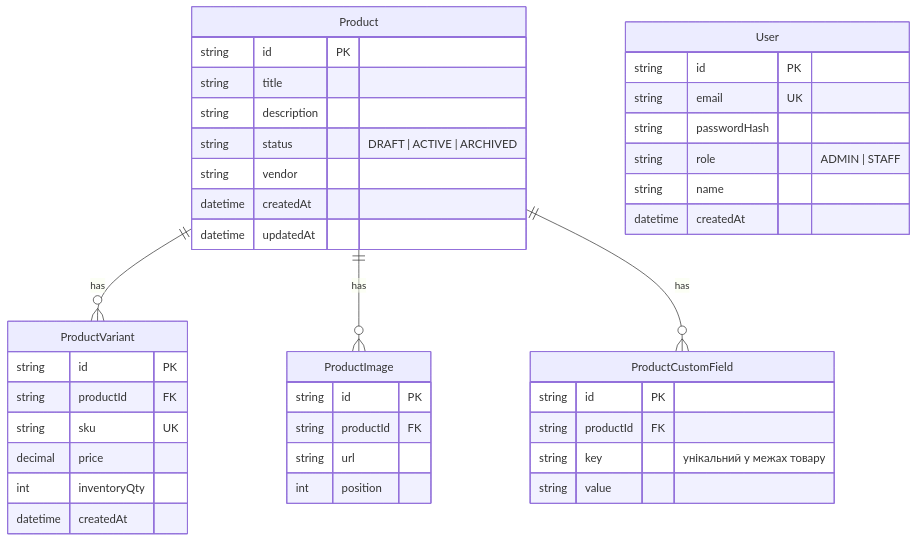
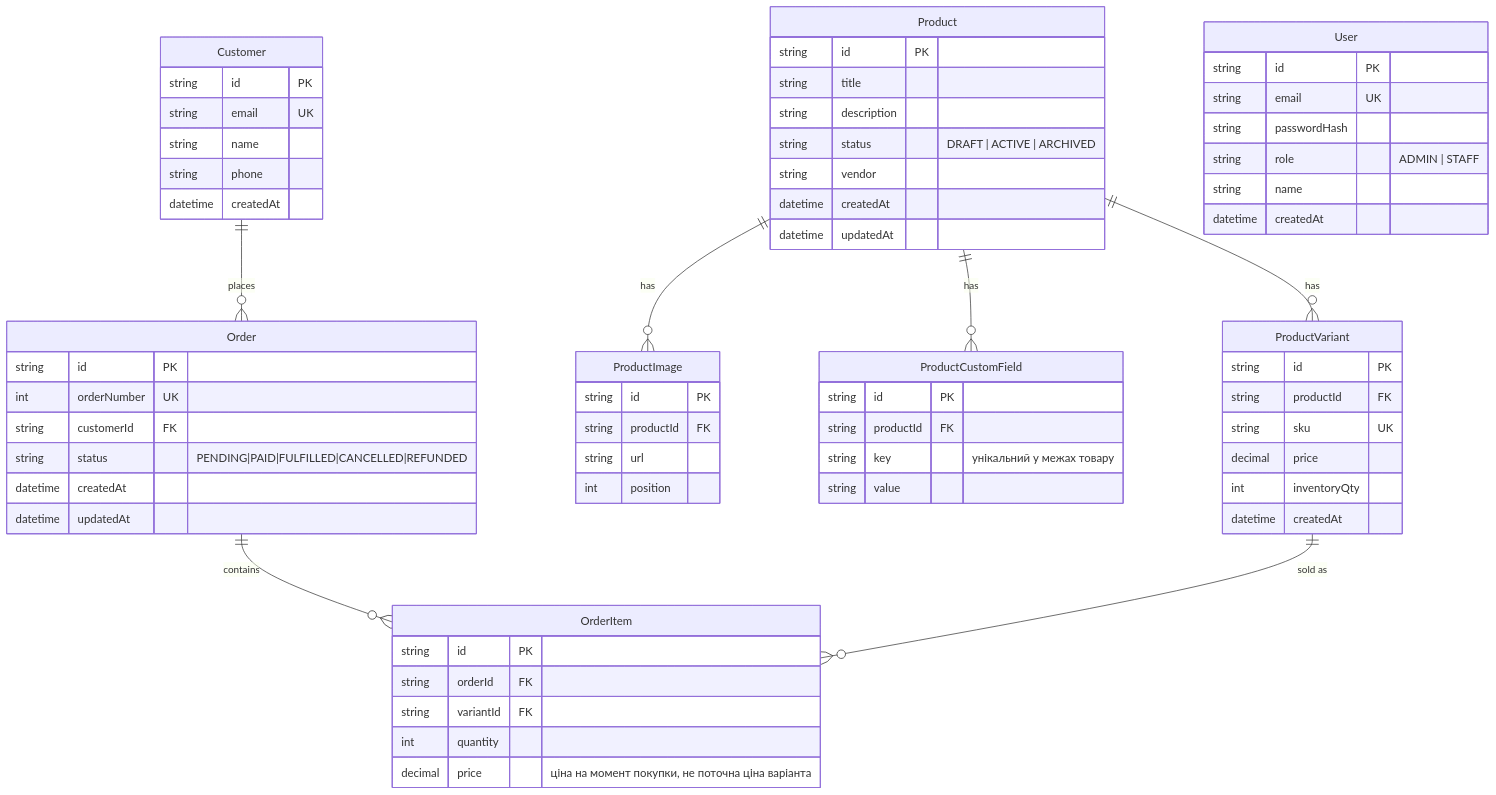
One commit to MaksymHeraskevych-Hallwil/storefront changed the second of 7 diagrams in DESIGN.md. Above: the diagram before and after it, drawn with Mermaid. The commit also changed 18 other files, not shown here.

````diff
--- a/DESIGN.md
+++ b/DESIGN.md
@@ -47,48 +47,76 @@
 ```mermaid
 erDiagram
     Product ||--o{ ProductVariant : "has"
     Product ||--o{ ProductImage : "has"
     Product ||--o{ ProductCustomField : "has"
+    Customer ||--o{ Order : "places"
+    Order ||--o{ OrderItem : "contains"
+    ProductVariant ||--o{ OrderItem : "sold as"
 
     User {
         string id PK
         string email UK
         string passwordHash
         string role "ADMIN | STAFF"
         string name
         datetime createdAt
     }
 
     Product {
         string id PK
         string title
         string description
         string status "DRAFT | ACTIVE | ARCHIVED"
         string vendor
         datetime createdAt
         datetime updatedAt
     }
 
     ProductVariant {
         string id PK
         string productId FK
         string sku UK
         decimal price
         int inventoryQty
         datetime createdAt
     }
 
     ProductImage {
         string id PK
         string productId FK
         string url
         int position
     }
 
     ProductCustomField {
         string id PK
         string productId FK
         string key "унікальний у межах товару"
         string value
     }
+
+    Customer {
+        string id PK
+        string email UK
+        string name
+        string phone
+        datetime createdAt
+    }
+
+    Order {
+        string id PK
+        int orderNumber UK
+        string customerId FK
+        string status "PENDING|PAID|FULFILLED|CANCELLED|REFUNDED"
+        datetime createdAt
+        datetime updatedAt
+    }
+
+    OrderItem {
+        string id PK
+        string orderId FK
+        string variantId FK
+        int quantity
+        decimal price "ціна на момент покупки, не поточна ціна варіанта"
+    }
 ```
````
